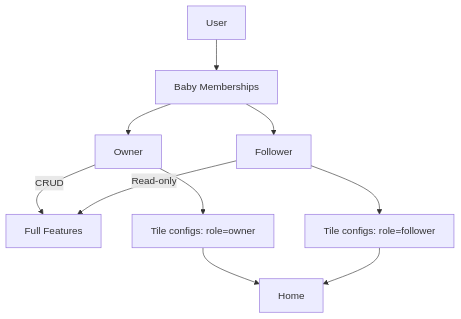
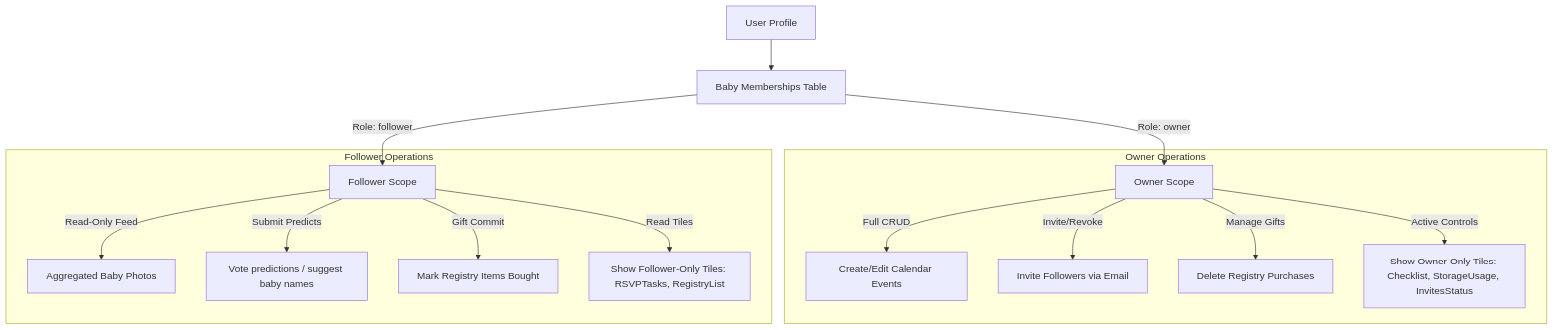
The sixth of 7 diagrams in docs/99_master_reference_docs/Nonna_App_Architecture_Diagrams.md (dipan0saha/nonna_app), drawn with Mermaid before and after one commit. The commit also changed other lines of this file and 5 other files, not shown here.

````diff
--- a/docs/99_master_reference_docs/Nonna_App_Architecture_Diagrams.md
+++ b/docs/99_master_reference_docs/Nonna_App_Architecture_Diagrams.md
@@ -152,14 +211,20 @@
 ```mermaid
 flowchart TD
-  User[User] --> Memberships[Baby Memberships]
-  Memberships --> Owner[Owner]
-  Memberships --> Follower[Follower]
+  User[User Profile] --> Memberships[Baby Memberships Table]
+  Memberships -->|Role: owner| Owner[Owner Scope]
+  Memberships -->|Role: follower| Follower[Follower Scope]
 
-  Owner -->|CRUD| Features[Full Features]
-  Follower -->|Read-only| Features
+  subgraph OwnerAccess[Owner Operations]
+    Owner -->|Full CRUD| EventCRUD[Create/Edit Calendar Events]
+    Owner -->|Invite/Revoke| FollowerInvites[Invite Followers via Email]
+    Owner -->|Manage Gifts| DeletePurchases[Delete Registry Purchases]
+    Owner -->|Active Controls| OwnerTiles[Show Owner-Only Tiles: Checklist, StorageUsage, InvitesStatus]
+  end
 
-  Owner --> TilesOwner[Tile configs: role=owner]
-  Follower --> TilesFollower[Tile configs: role=follower]
-  TilesOwner --> Home
-  TilesFollower --> Home
+  subgraph FollowerAccess[Follower Operations]
+    Follower -->|Read-Only Feed| AggregatedPhotos[Aggregated Baby Photos]
+    Follower -->|Submit Predicts| PredictionGuesses[Vote predictions / suggest baby names]
+    Follower -->|Gift Commit| PurchaseItem[Mark Registry Items Bought]
+    Follower -->|Read Tiles| FollowerTiles[Show Follower-Only Tiles: RSVPTasks, RegistryList]
+  end
 ```
````
